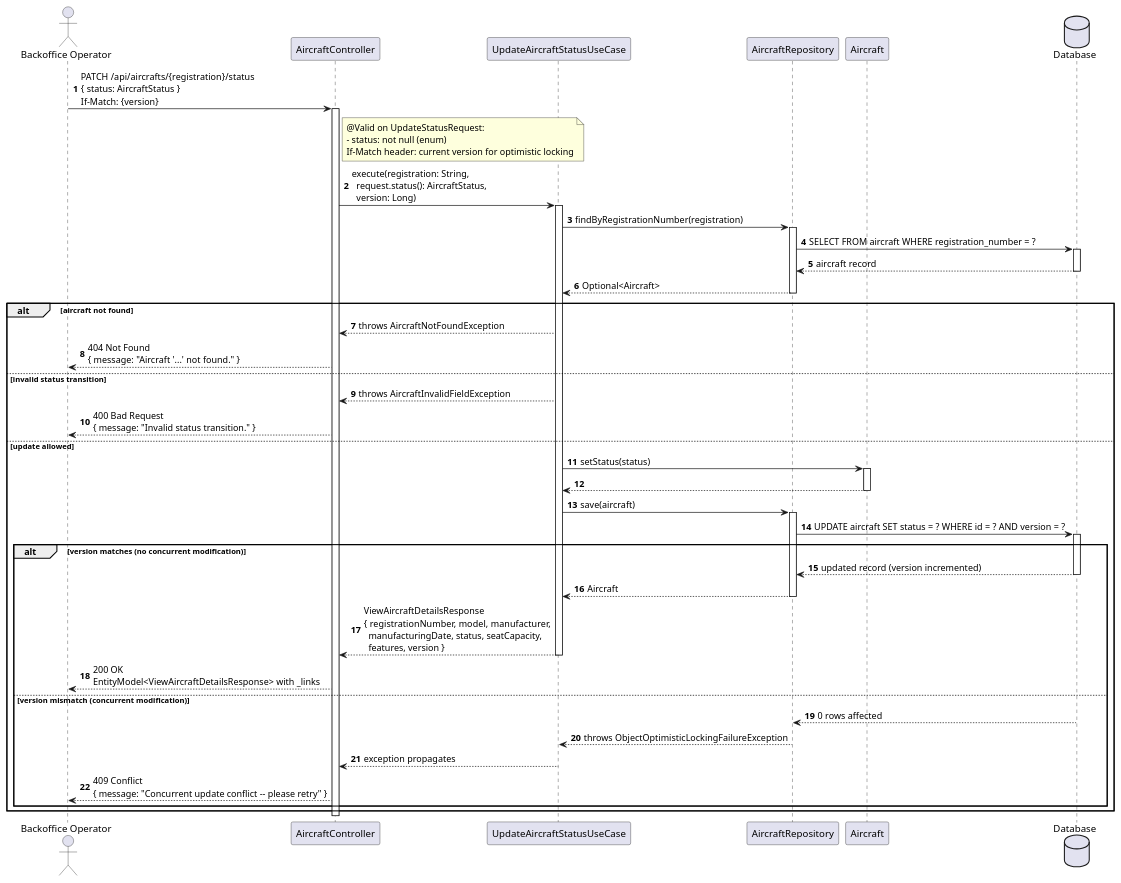
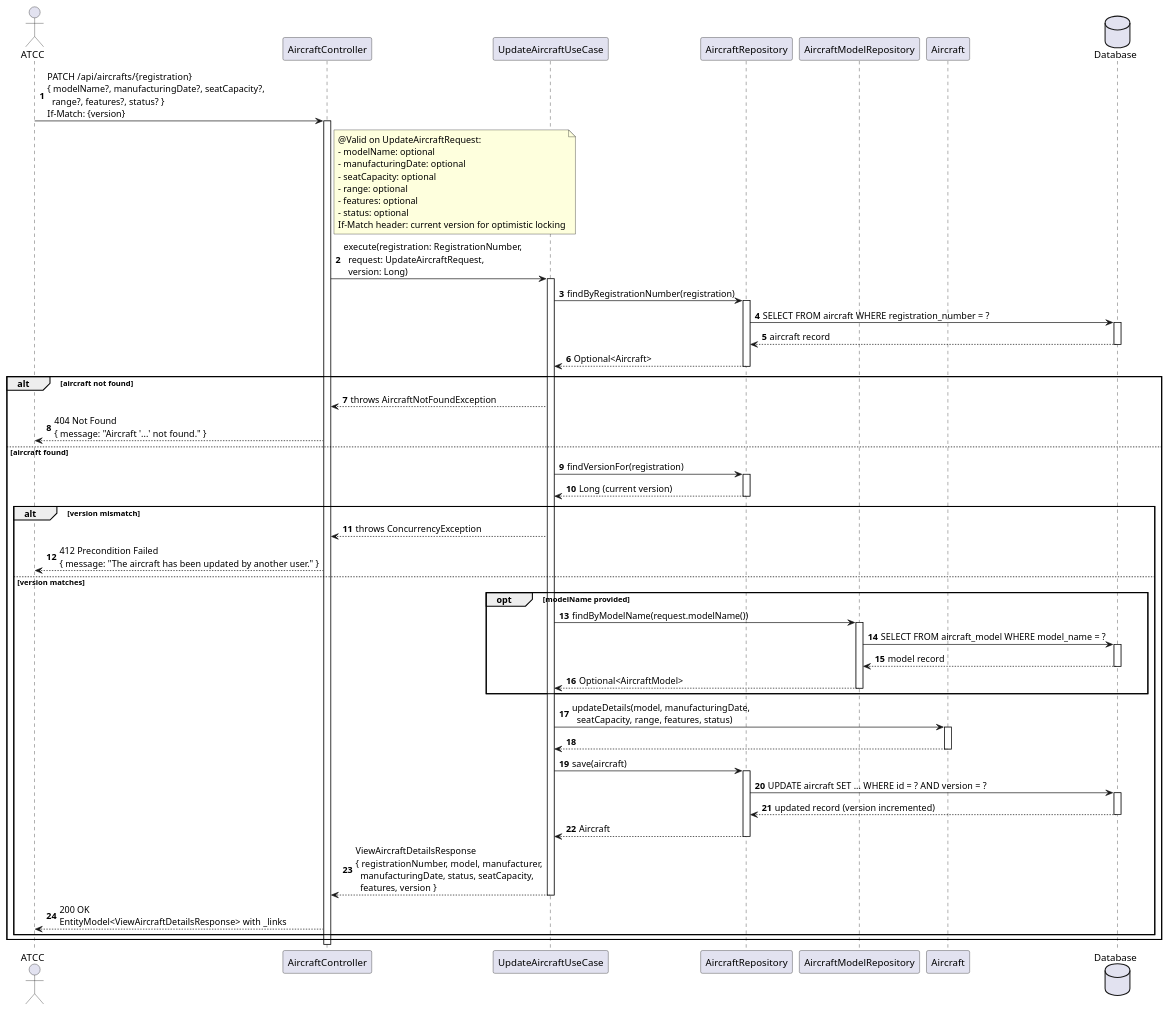
Before and after one commit to VascoMagolo/psoft_1231562_1241692_1242036_2db: the diagram in docs/system-documentation/use-cases/WP1A/US105/puml/sd_us105.puml, drawn with PlantUML. The commit also changed 101 other files, not shown here.

First line of the commit message:
docs: update diagrams, READMEs, and global artifacts

```diff
--- a/docs/system-documentation/use-cases/WP1A/US105/puml/sd_us105.puml
+++ b/docs/system-documentation/use-cases/WP1A/US105/puml/sd_us105.puml
@@ -1,65 +1,82 @@
 @startuml
 autonumber
-actor "Backoffice Operator" as BO
+actor "ATCC" as BO
 participant "AircraftController" as Ctrl
-participant "UpdateAircraftStatusUseCase" as UC
+participant "UpdateAircraftUseCase" as UC
 participant "AircraftRepository" as Repo
+participant "AircraftModelRepository" as ModelRepo
 participant "Aircraft" as Entity
 database "Database" as DB
 
-BO -> Ctrl : PATCH /api/aircrafts/{registration}/status\n{ status: AircraftStatus }\nIf-Match: {version}
+BO -> Ctrl : PATCH /api/aircrafts/{registration}\n{ modelName?, manufacturingDate?, seatCapacity?,\n  range?, features?, status? }\nIf-Match: {version}
 activate Ctrl
 
 note right of Ctrl
-  @Valid on UpdateStatusRequest:
-  - status: not null (enum)
+  @Valid on UpdateAircraftRequest:
+  - modelName: optional
+  - manufacturingDate: optional
+  - seatCapacity: optional
+  - range: optional
+  - features: optional
+  - status: optional
   If-Match header: current version for optimistic locking
 end note
 
-Ctrl -> UC : execute(registration: String,\n  request.status(): AircraftStatus,\n  version: Long)
+Ctrl -> UC : execute(registration: RegistrationNumber,\n  request: UpdateAircraftRequest,\n  version: Long)
 activate UC
 
 UC -> Repo : findByRegistrationNumber(registration)
 activate Repo
 Repo -> DB : SELECT FROM aircraft WHERE registration_number = ?
 activate DB
 DB --> Repo : aircraft record
 deactivate DB
 Repo --> UC : Optional<Aircraft>
 deactivate Repo
 
 alt aircraft not found
   UC --> Ctrl : throws AircraftNotFoundException
   Ctrl --> BO : 404 Not Found\n{ message: "Aircraft '...' not found." }
-else invalid status transition
-  UC --> Ctrl : throws AircraftInvalidFieldException
-  Ctrl --> BO : 400 Bad Request\n{ message: "Invalid status transition." }
-else update allowed
-  UC -> Entity : setStatus(status)
-  activate Entity
-  Entity --> UC
-  deactivate Entity
+else aircraft found
+  UC -> Repo : findVersionFor(registration)
+  activate Repo
+  Repo --> UC : Long (current version)
+  deactivate Repo
 
-  UC -> Repo : save(aircraft)
-  activate Repo
-  Repo -> DB : UPDATE aircraft SET status = ? WHERE id = ? AND version = ?
-  activate DB
+  alt version mismatch
+    UC --> Ctrl : throws ConcurrencyException
+    Ctrl --> BO : 412 Precondition Failed\n{ message: "The aircraft has been updated by another user." }
+  else version matches
+    opt modelName provided
+      UC -> ModelRepo : findByModelName(request.modelName())
+      activate ModelRepo
+      ModelRepo -> DB : SELECT FROM aircraft_model WHERE model_name = ?
+      activate DB
+      DB --> ModelRepo : model record
+      deactivate DB
+      ModelRepo --> UC : Optional<AircraftModel>
+      deactivate ModelRepo
+    end
 
-  alt version matches (no concurrent modification)
+    UC -> Entity : updateDetails(model, manufacturingDate,\n  seatCapacity, range, features, status)
+    activate Entity
+    Entity --> UC
+    deactivate Entity
+
+    UC -> Repo : save(aircraft)
+    activate Repo
+    Repo -> DB : UPDATE aircraft SET ... WHERE id = ? AND version = ?
+    activate DB
     DB --> Repo : updated record (version incremented)
     deactivate DB
     Repo --> UC : Aircraft
     deactivate Repo
+
     UC --> Ctrl : ViewAircraftDetailsResponse\n{ registrationNumber, model, manufacturer,\n  manufacturingDate, status, seatCapacity,\n  features, version }
     deactivate UC
     Ctrl --> BO : 200 OK\nEntityModel<ViewAircraftDetailsResponse> with _links
-  else version mismatch (concurrent modification)
-    DB --> Repo : 0 rows affected
-    Repo --> UC : throws ObjectOptimisticLockingFailureException
-    UC --> Ctrl : exception propagates
-    Ctrl --> BO : 409 Conflict\n{ message: "Concurrent update conflict -- please retry" }
   end
 end
 
 deactivate Ctrl
 @enduml
```
